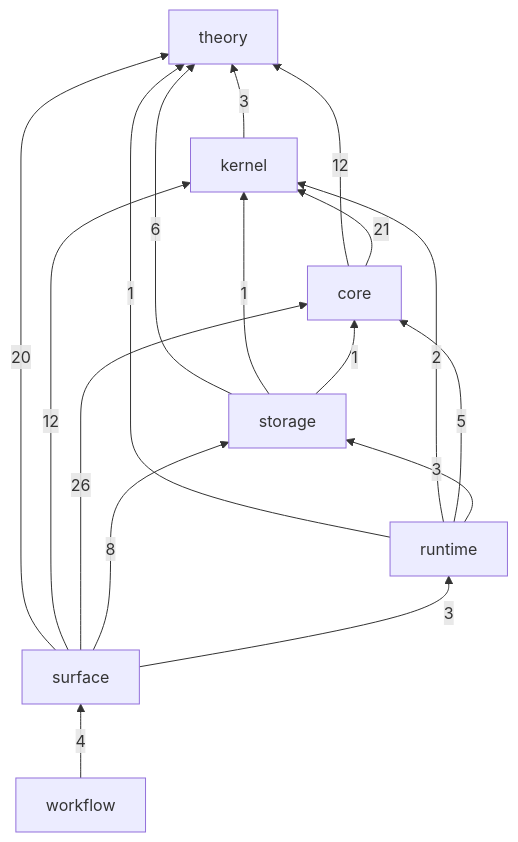
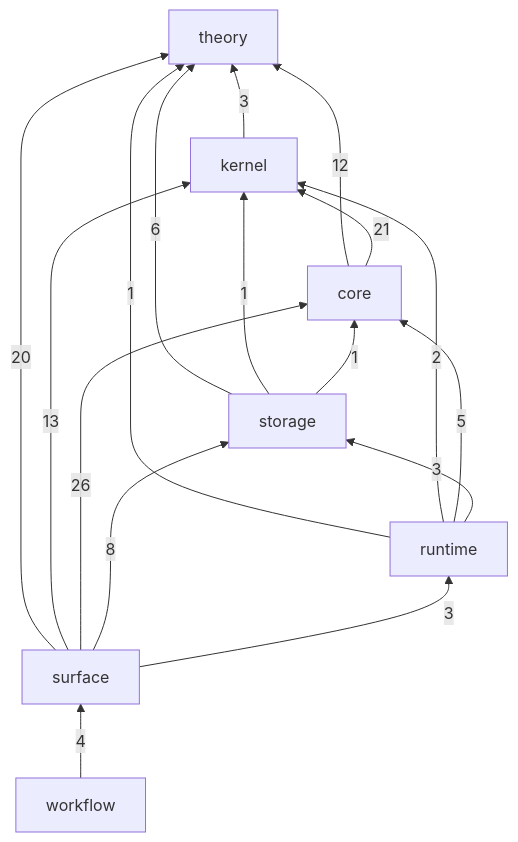
One commit to gandr-lang/gandr changed the diagram in ledger/README.md. Above: the diagram before and after it, drawn with Mermaid. The commit also changed 19 other files, not shown here.

````diff
--- a/ledger/README.md
+++ b/ledger/README.md
@@ -28,26 +28,26 @@
 ```mermaid
 flowchart BT
   theory
   kernel
   core
   storage
   runtime
   surface
   workflow
   kernel -->|3| theory
   core -->|12| theory
   core -->|21| kernel
   storage -->|6| theory
   storage -->|1| kernel
   storage -->|1| core
   runtime -->|1| theory
   runtime -->|2| kernel
   runtime -->|5| core
   runtime -->|3| storage
   surface -->|20| theory
-  surface -->|12| kernel
+  surface -->|13| kernel
   surface -->|26| core
   surface -->|8| storage
   surface -->|3| runtime
   workflow -->|4| surface
 ```
````
